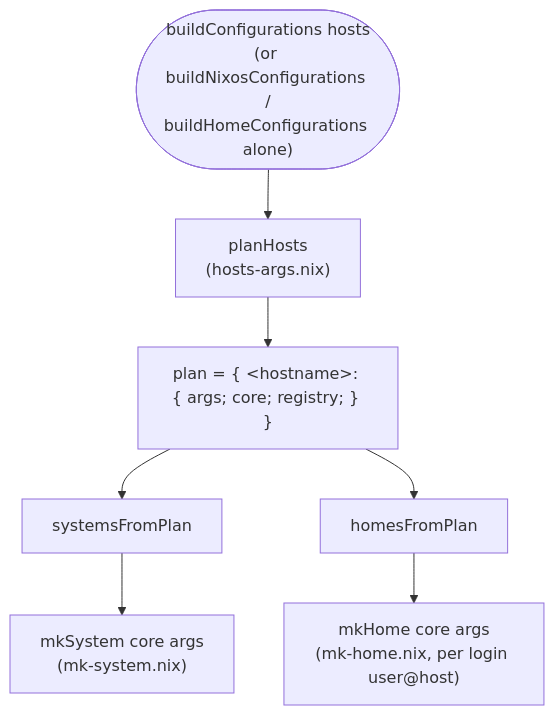
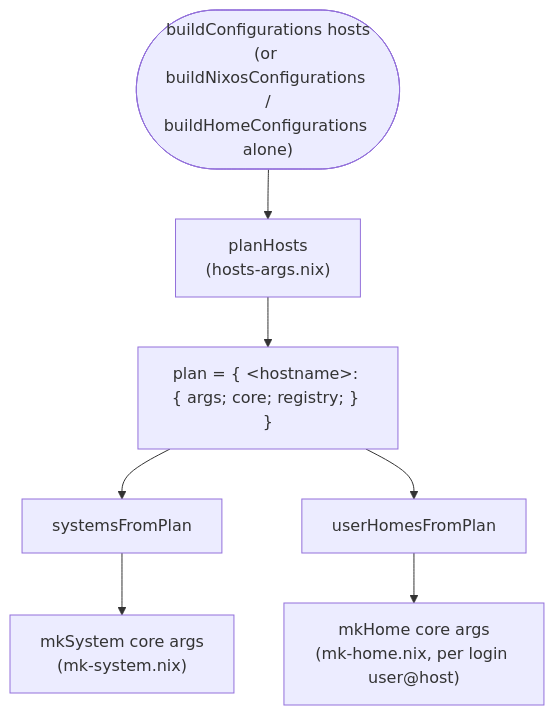
One commit to dvaerum/nixpkgs-lib-extensions changed the diagram in docs/architecture.md. Above: the diagram before and after it, drawn with Mermaid. The commit also changed other lines of this file and 42 other files, not shown here.

````diff
--- a/docs/architecture.md
+++ b/docs/architecture.md
@@ -60,14 +60,14 @@
 ```mermaid
 flowchart TD
     Call(["buildConfigurations hosts<br/>(or buildNixosConfigurations /<br/>buildHomeConfigurations alone)"])
     Plan["planHosts<br/>(hosts-args.nix)"]
     PlanData["plan = { &lt;hostname&gt;: { args; core; registry; } }"]
     Systems["systemsFromPlan"]
-    Homes["homesFromPlan"]
+    Homes["userHomesFromPlan"]
     MkSystem["mkSystem core args<br/>(mk-system.nix)"]
     MkHome["mkHome core args<br/>(mk-home.nix, per login user@host)"]
 
     Call --> Plan --> PlanData
     PlanData --> Systems --> MkSystem
     PlanData --> Homes --> MkHome
 ```
````
